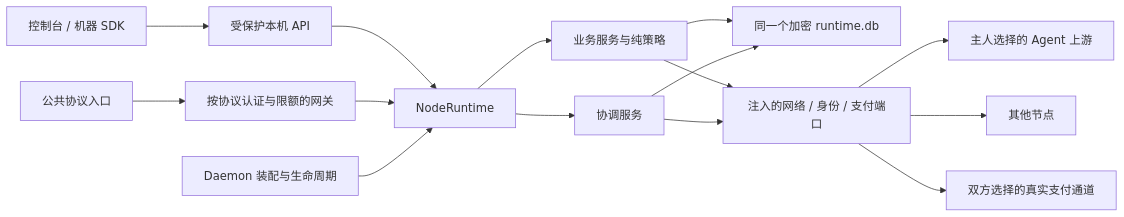
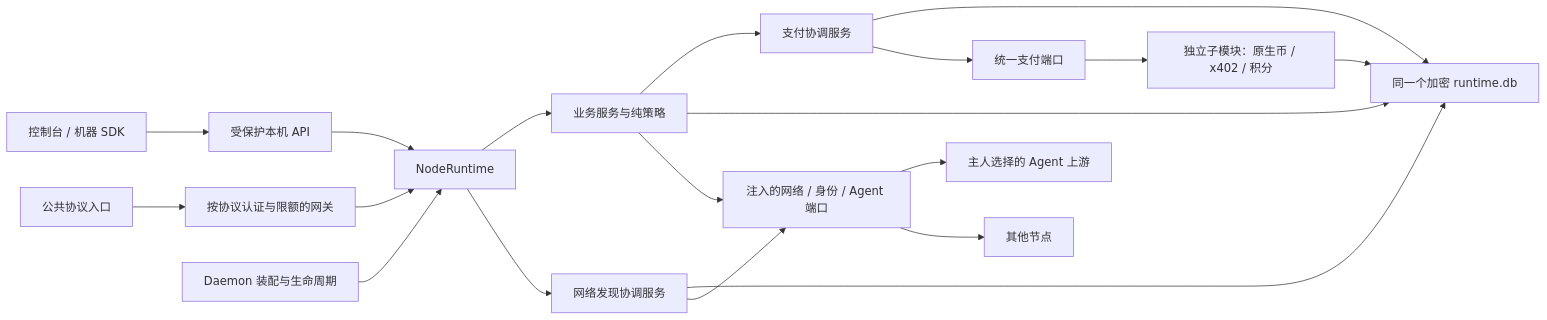
Before and after one commit to denggl123/a2a: the second of 3 diagrams in docs/VISION-ARCHITECTURE-DESIGN.md, drawn with Mermaid. The commit also changed other lines of this file and 156 other files, not shown here.

````diff
--- a/docs/VISION-ARCHITECTURE-DESIGN.md
+++ b/docs/VISION-ARCHITECTURE-DESIGN.md
@@ -57,17 +63,21 @@
 ```mermaid
 flowchart LR
     UI[控制台 / 机器 SDK] --> Local[受保护本机 API]
     Public[公共协议入口] --> Gate[按协议认证与限额的网关]
     Local --> Runtime[NodeRuntime]
     Gate --> Runtime
     Daemon[Daemon 装配与生命周期] --> Runtime
     Runtime --> Business[业务服务与纯策略]
-    Runtime --> Coord[协调服务]
+    Runtime --> Coord[网络发现协调服务]
+    Business --> PayCoord[支付协调服务]
     Business --> Store[同一个加密 runtime.db]
     Coord --> Store
-    Business --> Ports[注入的网络 / 身份 / 支付端口]
+    PayCoord --> Store
+    Business --> Ports[注入的网络 / 身份 / Agent 端口]
     Coord --> Ports
     Ports --> Agent[主人选择的 Agent 上游]
     Ports --> Peers[其他节点]
-    Ports --> Pay[双方选择的真实支付通道]
+    PayCoord --> PayPorts[统一支付端口]
+    PayPorts --> Pay[独立子模块：原生币 / x402 / 积分]
+    Pay --> Store
 ```
````
